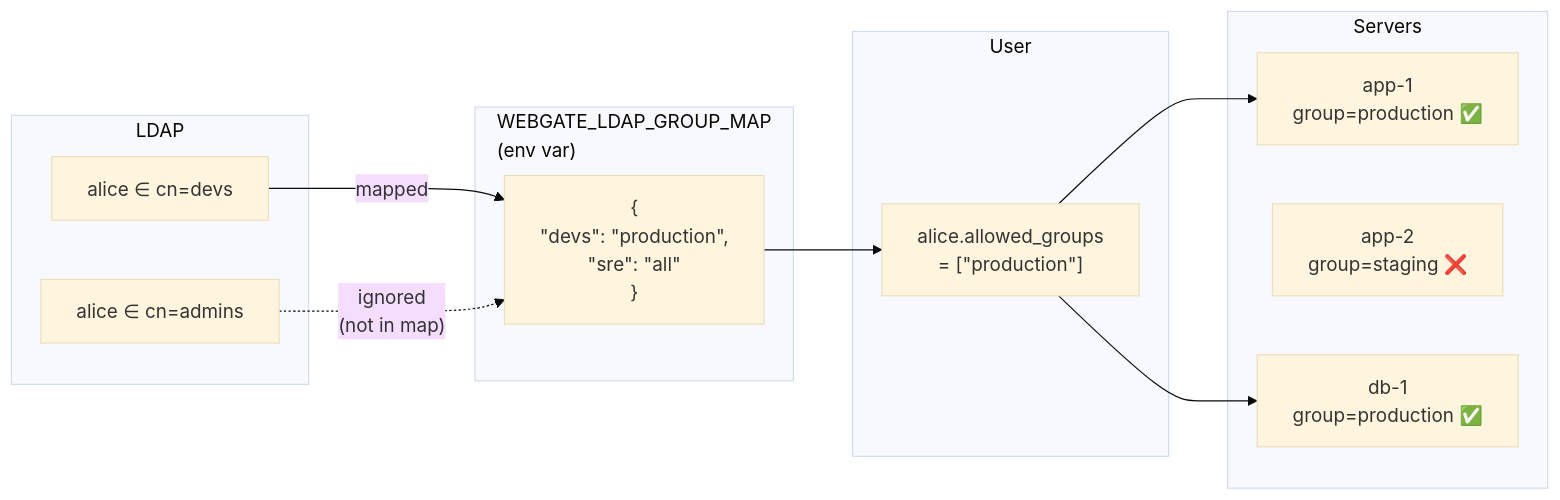
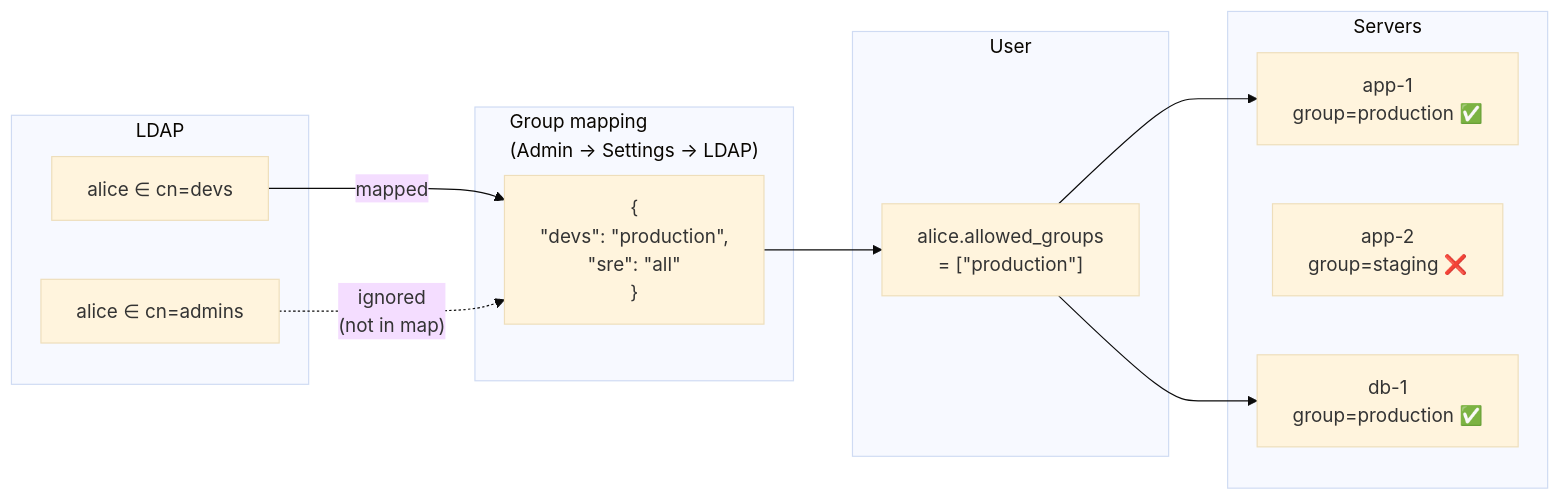
Before and after one commit to kalexnolasco/webgate: the sixth of 8 diagrams in README.md, drawn with Mermaid (base theme). The commit also changed other lines of this file and 17 other files, not shown here.

````diff
--- a/README.md
+++ b/README.md
@@ -371,23 +354,23 @@
 ```mermaid
 flowchart LR
     subgraph LDAP
         L1["alice ∈ cn=devs"]
         L2["alice ∈ cn=admins"]
     end
-    subgraph "WEBGATE_LDAP_GROUP_MAP<br/>(env var)"
+    subgraph "Group mapping<br/>(Admin → Settings → LDAP)"
         M["{<br/>  &quot;devs&quot;: &quot;production&quot;,<br/>  &quot;sre&quot;: &quot;all&quot;<br/>}"]
     end
     subgraph User
         U["alice.allowed_groups<br/>= [&quot;production&quot;]"]
     end
     subgraph Servers
         S1["app-1<br/>group=production ✅"]
         S2["app-2<br/>group=staging ❌"]
         S3["db-1<br/>group=production ✅"]
     end
     L1 -- mapped --> M
     L2 -. ignored<br/>(not in map) .-> M
     M --> U
     U --> S1
     U --> S3
 ```
````
